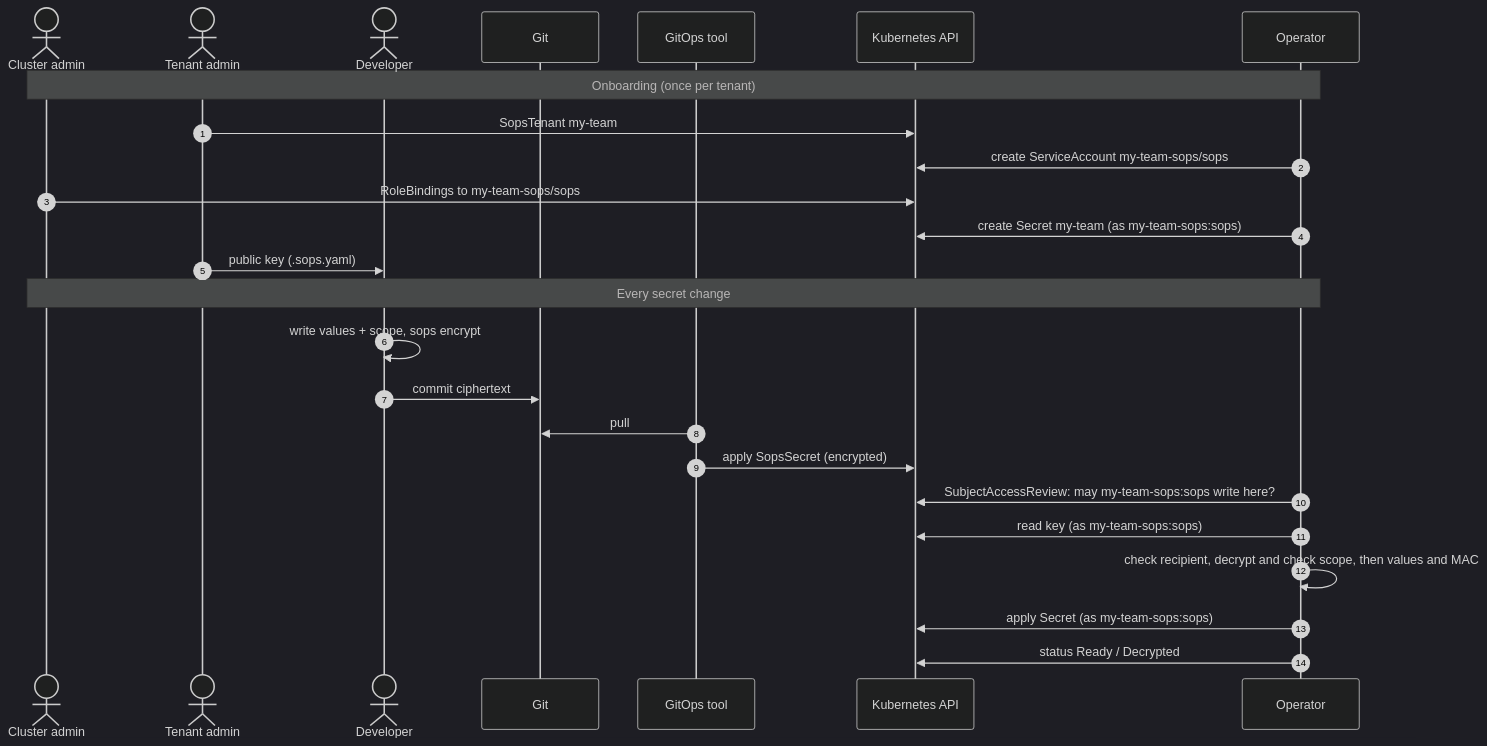
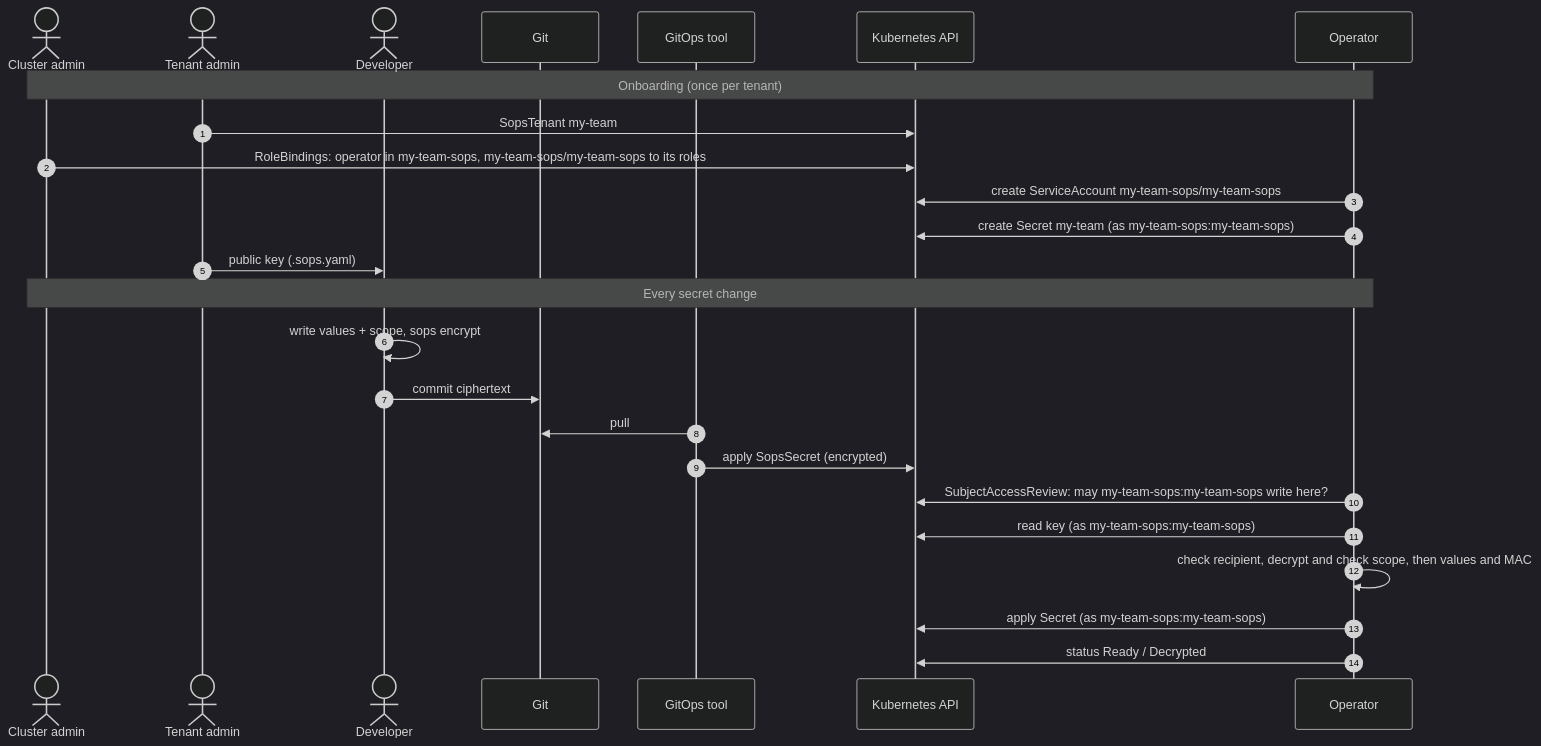
The second of 3 diagrams in DESIGN.md (stakater/sops-operator), drawn with Mermaid (dark theme) before and after one commit. The commit also changed other lines of this file and 24 other files, not shown here.

First line of the commit message:
feat: per-tenant ServiceAccount <tenant>-sops, granted per tenant namespace

````diff
--- a/DESIGN.md
+++ b/DESIGN.md
@@ -184,29 +184,29 @@
 ```mermaid
 sequenceDiagram
     autonumber
     actor CA as Cluster admin
     actor TA as Tenant admin
     actor DEV as Developer
     participant GIT as Git
     participant GO as GitOps tool
     participant API as Kubernetes API
     participant OP as Operator
 
     Note over CA,OP: Onboarding (once per tenant)
     TA->>API: SopsTenant my-team
-    OP->>API: create ServiceAccount my-team-sops/sops
-    CA->>API: RoleBindings to my-team-sops/sops
-    OP->>API: create Secret my-team (as my-team-sops:sops)
+    CA->>API: RoleBindings: operator in my-team-sops, my-team-sops/my-team-sops to its roles
+    OP->>API: create ServiceAccount my-team-sops/my-team-sops
+    OP->>API: create Secret my-team (as my-team-sops:my-team-sops)
     TA->>DEV: public key (.sops.yaml)
 
     Note over CA,OP: Every secret change
     DEV->>DEV: write values + scope, sops encrypt
     DEV->>GIT: commit ciphertext
     GO->>GIT: pull
     GO->>API: apply SopsSecret (encrypted)
-    OP->>API: SubjectAccessReview: may my-team-sops:sops write here?
-    OP->>API: read key (as my-team-sops:sops)
+    OP->>API: SubjectAccessReview: may my-team-sops:my-team-sops write here?
+    OP->>API: read key (as my-team-sops:my-team-sops)
     OP->>OP: check recipient, decrypt and check scope, then values and MAC
-    OP->>API: apply Secret (as my-team-sops:sops)
+    OP->>API: apply Secret (as my-team-sops:my-team-sops)
     OP->>API: status Ready / Decrypted
 ```
````
